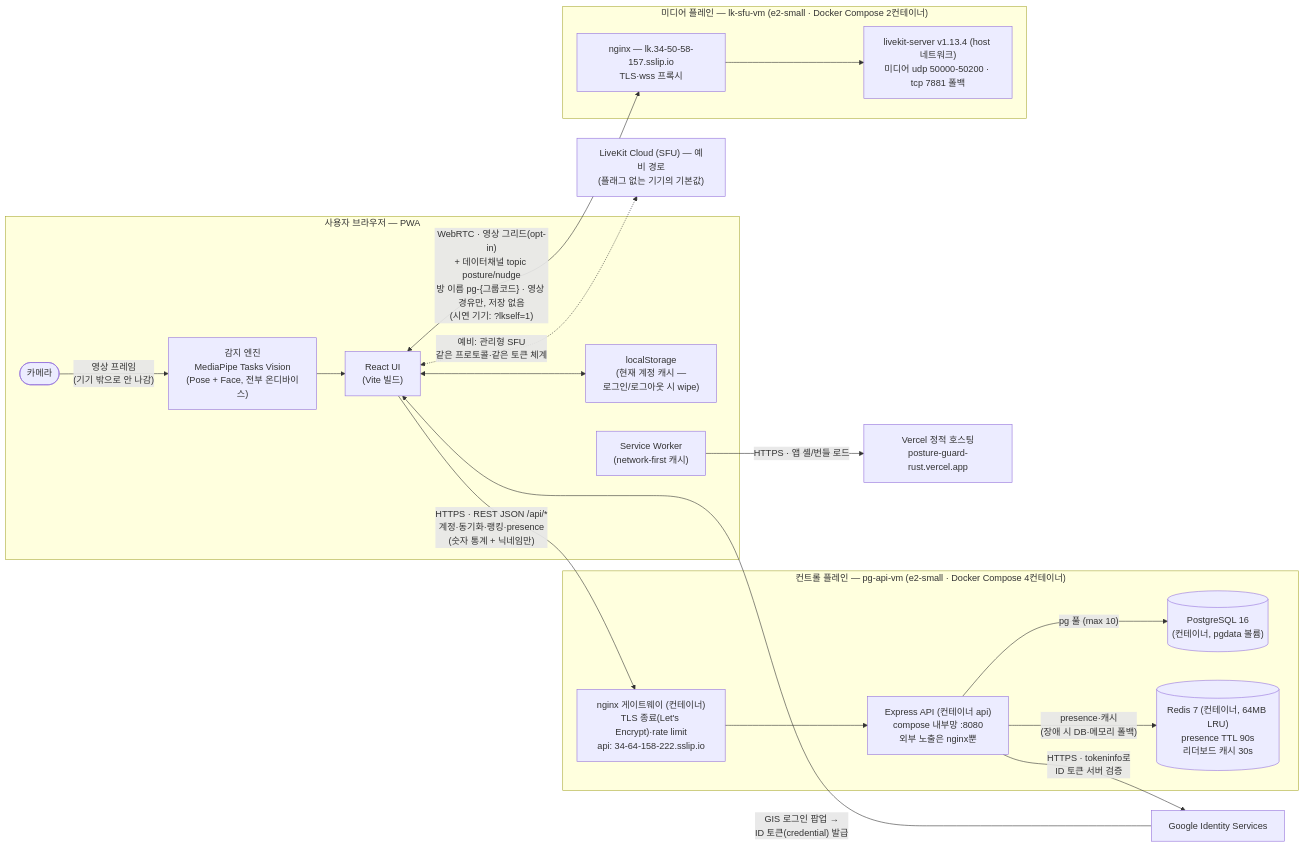
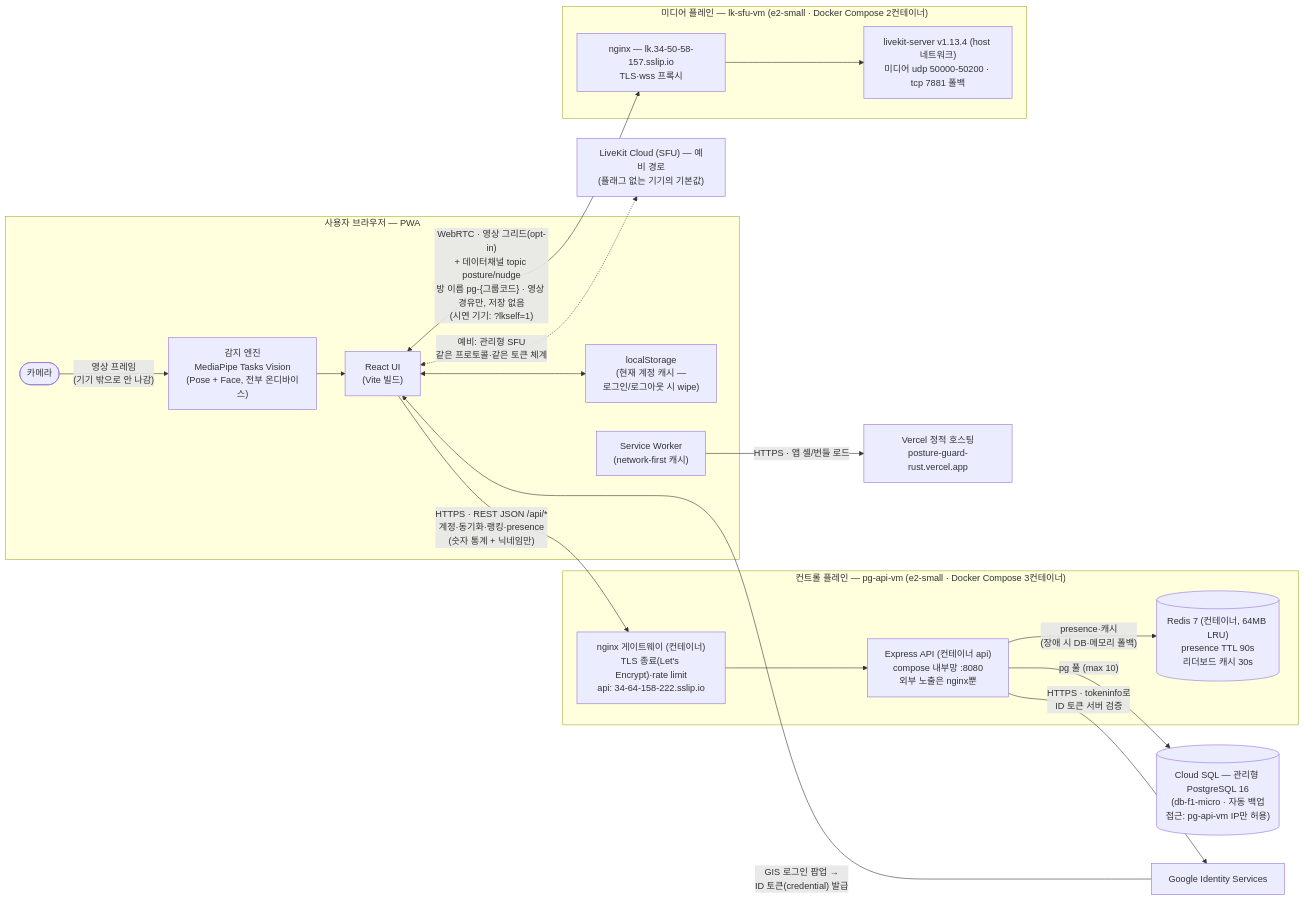
The first of 4 diagrams in docs/시스템-아키텍처.md (jungwon123/posture-guard), drawn with Mermaid before and after one commit. The commit also changed other lines of this file and 9 other files, not shown here.

First line of the commit message:
infra: DB를 Cloud SQL(관리형 PostgreSQL 16, 최저가 db-f1-micro)로 이전

````diff
--- a/docs/시스템-아키텍처.md
+++ b/docs/시스템-아키텍처.md
@@ -11,43 +11,44 @@
 ```mermaid
 flowchart LR
   subgraph CLIENT["사용자 브라우저 — PWA"]
     UI["React UI<br/>(Vite 빌드)"]
     ENGINE["감지 엔진<br/>MediaPipe Tasks Vision<br/>(Pose + Face, 전부 온디바이스)"]
     LS["localStorage<br/>(현재 계정 캐시 —<br/>로그인/로그아웃 시 wipe)"]
     SW["Service Worker<br/>(network-first 캐시)"]
     CAM(["카메라"])
     CAM -- "영상 프레임<br/>(기기 밖으로 안 나감)" --> ENGINE
     ENGINE --> UI
     UI <--> LS
   end
 
   VERCEL["Vercel 정적 호스팅<br/>posture-guard-rust.vercel.app"]
   SW -- "HTTPS · 앱 셸/번들 로드" --> VERCEL
 
-  subgraph GCP["컨트롤 플레인 — pg-api-vm (e2-small · Docker Compose 4컨테이너)"]
+  subgraph GCP["컨트롤 플레인 — pg-api-vm (e2-small · Docker Compose 3컨테이너)"]
     NGINX["nginx 게이트웨이 (컨테이너)<br/>TLS 종료(Let's Encrypt)·rate limit<br/>api: 34-64-158-222.sslip.io"]
     API["Express API (컨테이너 api)<br/>compose 내부망 :8080<br/>외부 노출은 nginx뿐"]
-    DB[("PostgreSQL 16<br/>(컨테이너, pgdata 볼륨)")]
     REDIS[("Redis 7 (컨테이너, 64MB LRU)<br/>presence TTL 90s<br/>리더보드 캐시 30s")]
     NGINX --> API
-    API -- "pg 풀 (max 10)" --> DB
     API -- "presence·캐시<br/>(장애 시 DB·메모리 폴백)" --> REDIS
   end
+
+  CSQL[("Cloud SQL — 관리형 PostgreSQL 16<br/>(db-f1-micro · 자동 백업<br/>접근: pg-api-vm IP만 허용)")]
+  API -- "pg 풀 (max 10)" --> CSQL
 
   subgraph GCP2["미디어 플레인 — lk-sfu-vm (e2-small · Docker Compose 2컨테이너)"]
     LKNGX["nginx — lk.34-50-58-157.sslip.io<br/>TLS·wss 프록시"]
     LKS["livekit-server v1.13.4 (host 네트워크)<br/>미디어 udp 50000-50200 · tcp 7881 폴백"]
     LKNGX --> LKS
   end
 
   UI -- "HTTPS · REST JSON /api/*<br/>계정·동기화·랭킹·presence<br/>(숫자 통계 + 닉네임만)" --> NGINX
 
   UI <-->|"WebRTC · 영상 그리드(opt-in)<br/>+ 데이터채널 topic posture/nudge<br/>방 이름 pg-{그룹코드} · 영상 경유만, 저장 없음<br/>(시연 기기: ?lkself=1)"| LKNGX
 
   LK["LiveKit Cloud (SFU) — 예비 경로<br/>(플래그 없는 기기의 기본값)"]
   UI <-.->|"예비: 관리형 SFU<br/>같은 프로토콜·같은 토큰 체계"| LK
 
   GOOGLE["Google Identity Services"]
   GOOGLE -- "GIS 로그인 팝업 →<br/>ID 토큰(credential) 발급" --> UI
   API -- "HTTPS · tokeninfo로<br/>ID 토큰 서버 검증" --> GOOGLE
 ```
````
